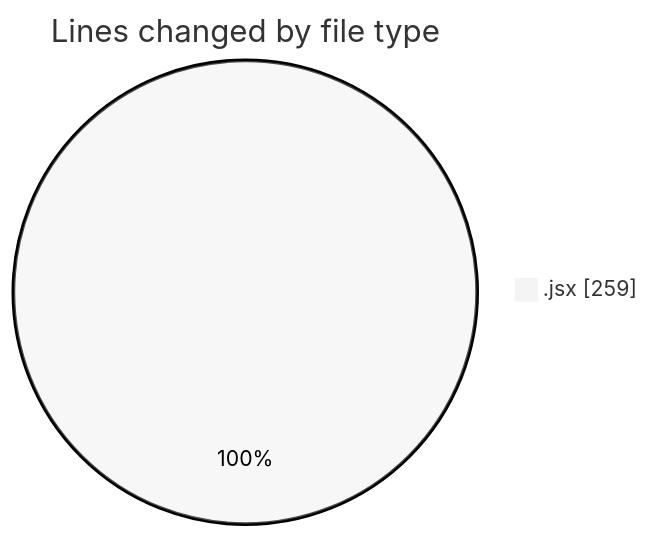
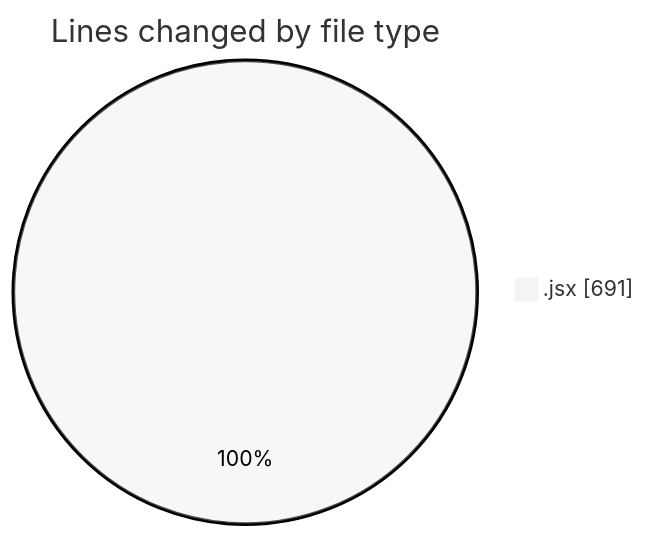
The first of 2 diagrams in 2026-09-02/cda/README.md (momahboobian/code-tracking), drawn with Mermaid (neutral theme) before and after one commit. The commit also changed other lines of this file and 1 other file, not shown here.

````diff
--- a/2026-09-02/cda/README.md
+++ b/2026-09-02/cda/README.md
@@ -23,5 +23,5 @@
 ```mermaid
 pie showData
 title Lines changed by file type
-".jsx" : 259
+".jsx" : 691
 ```
````
